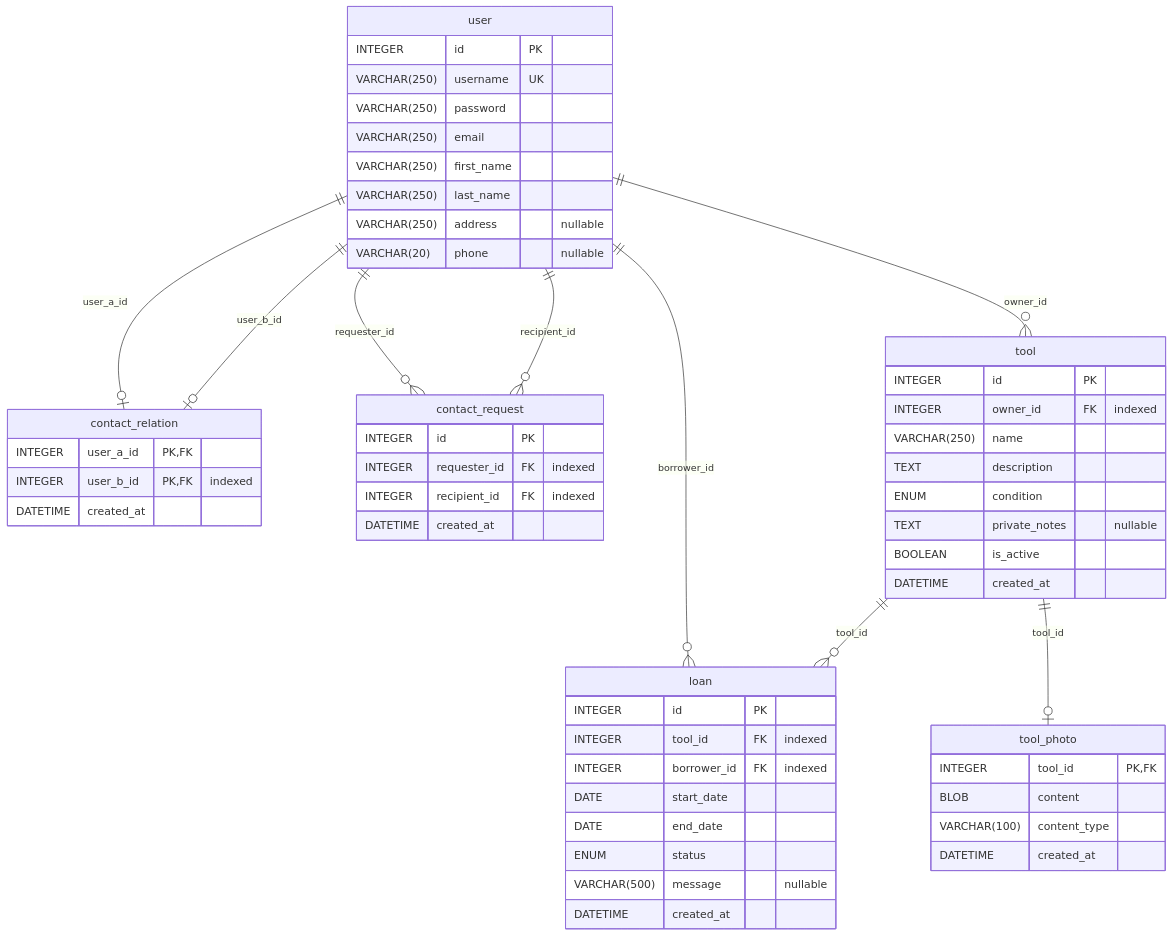
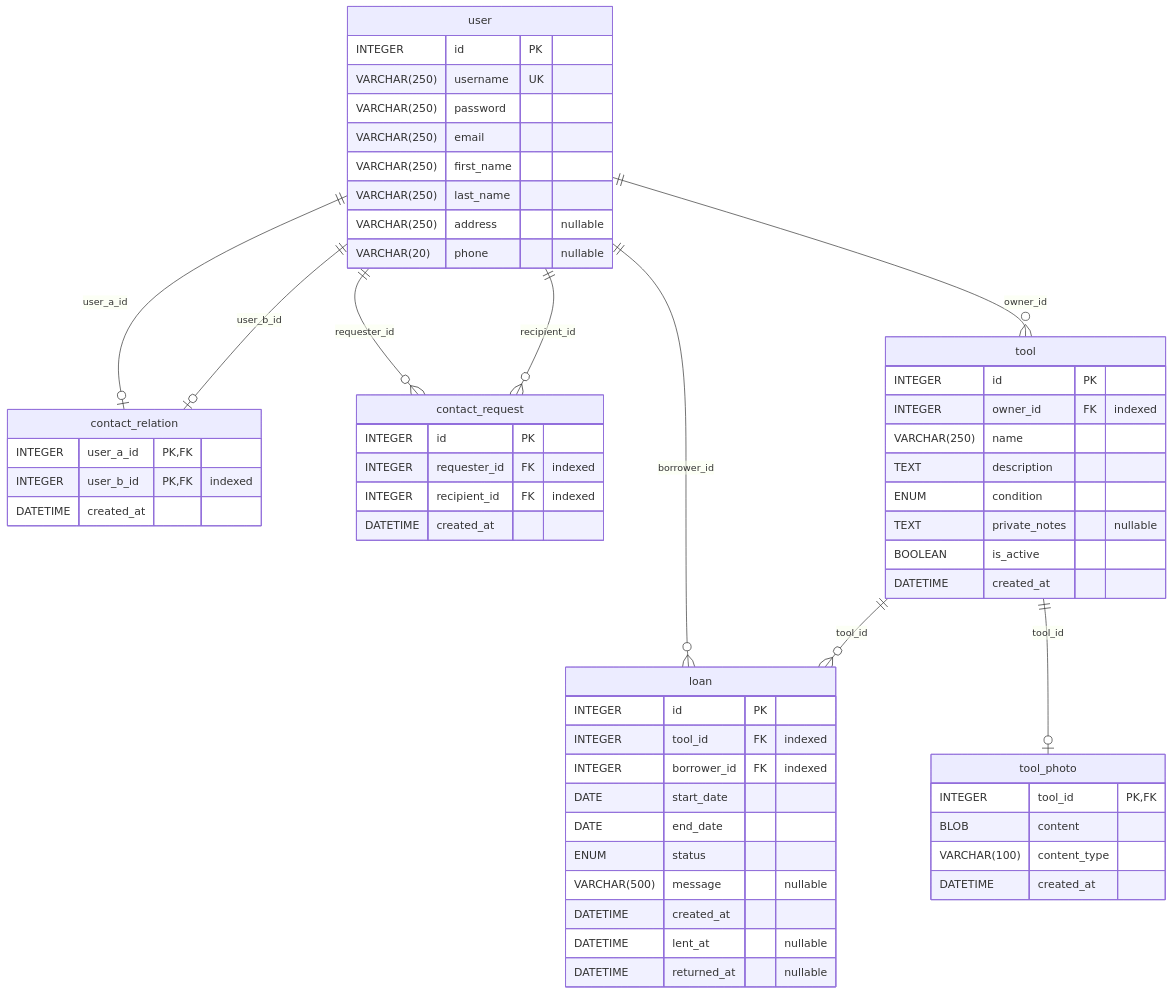
Before and after one commit to gcharland1/outillerie: the diagram in docs/schema.md, drawn with Mermaid. The commit also changed 25 other files, not shown here.

````diff
--- a/docs/schema.md
+++ b/docs/schema.md
@@ -9,65 +9,67 @@
 ```mermaid
 erDiagram
   contact_relation {
     INTEGER user_a_id PK,FK
     INTEGER user_b_id PK,FK "indexed"
     DATETIME created_at
   }
 
   contact_request {
     INTEGER id PK
     INTEGER requester_id FK "indexed"
     INTEGER recipient_id FK "indexed"
     DATETIME created_at
   }
 
   loan {
     INTEGER id PK
     INTEGER tool_id FK "indexed"
     INTEGER borrower_id FK "indexed"
     DATE start_date
     DATE end_date
     ENUM status
     VARCHAR(500) message "nullable"
     DATETIME created_at
+    DATETIME lent_at "nullable"
+    DATETIME returned_at "nullable"
   }
 
   tool {
     INTEGER id PK
     INTEGER owner_id FK "indexed"
     VARCHAR(250) name
     TEXT description
     ENUM condition
     TEXT private_notes "nullable"
     BOOLEAN is_active
     DATETIME created_at
   }
 
   tool_photo {
     INTEGER tool_id PK,FK
     BLOB content
     VARCHAR(100) content_type
     DATETIME created_at
   }
 
   user {
     INTEGER id PK
     VARCHAR(250) username UK
     VARCHAR(250) password
     VARCHAR(250) email
     VARCHAR(250) first_name
     VARCHAR(250) last_name
     VARCHAR(250) address "nullable"
     VARCHAR(20) phone "nullable"
   }
 
   user ||--o| contact_relation : user_a_id
   user ||--o| contact_relation : user_b_id
   user ||--o{ contact_request : requester_id
   user ||--o{ contact_request : recipient_id
   tool ||--o{ loan : tool_id
   user ||--o{ loan : borrower_id
   user ||--o{ tool : owner_id
   tool ||--o| tool_photo : tool_id
 
 ```
````
